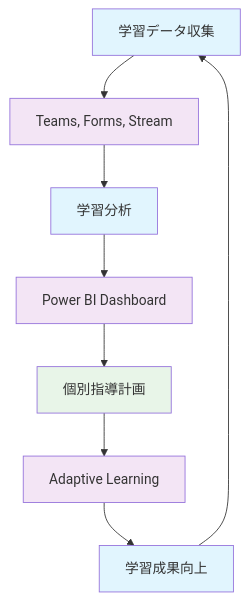
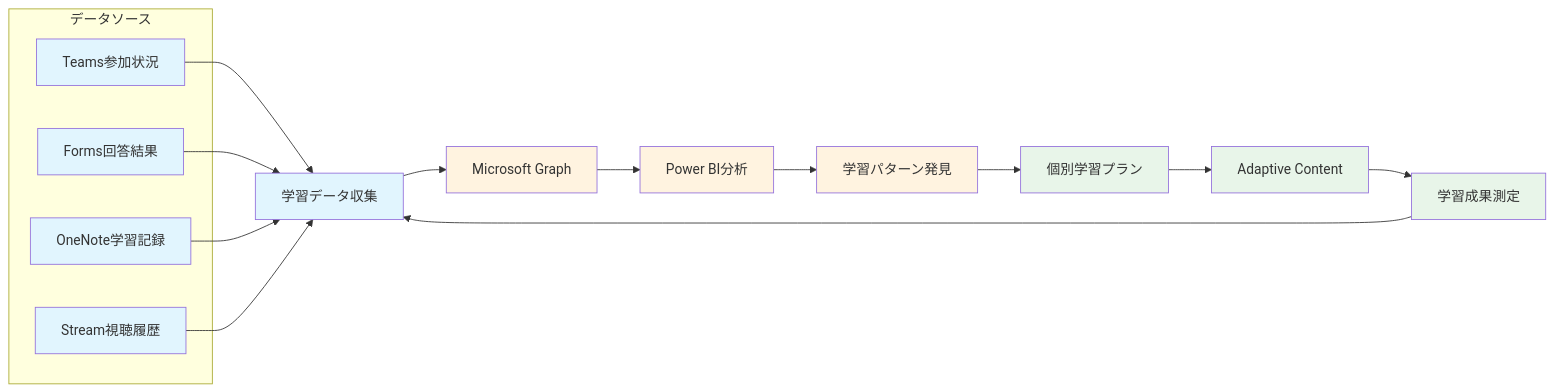
The fourth of 8 diagrams in books/61c375d444c12a/chapter1-giga-school-dx.md (nahisaho/zenn-writing-collection), drawn with Mermaid before and after one commit. The commit also changed other lines of this file and 6 other files, not shown here.

````diff
--- a/books/61c375d444c12a/chapter1-giga-school-dx.md
+++ b/books/61c375d444c12a/chapter1-giga-school-dx.md
@@ -109,18 +300,30 @@
 ```mermaid
-graph TB
-    A[学習データ収集] --> B[Teams, Forms, Stream]
-    B --> C[学習分析]
-    C --> D[Power BI Dashboard]
-    D --> E[個別指導計画]
-    E --> F[Adaptive Learning]
-    F --> G[学習成果向上]
+graph LR
+    A[学習データ収集] --> B[Microsoft Graph]
+    B --> C[Power BI分析]
+    C --> D[学習パターン発見]
+    D --> E[個別学習プラン]
+    E --> F[Adaptive Content]
+    F --> G[学習成果測定]
     G --> A
     
-    classDef primaryClass fill:#e1f5fe
-    classDef dataClass fill:#f3e5f5
-    classDef actionClass fill:#e8f5e8
+    subgraph データソース
+        H[Teams参加状況]
+        I[Forms回答結果]
+        J[OneNote学習記録]
+        K[Stream視聴履歴]
+    end
     
-    class A,C,G primaryClass
-    class B,D,F dataClass
-    class E actionClass
+    H --> A
+    I --> A
+    J --> A
+    K --> A
+    
+    classDef data fill:#e1f5fe
+    classDef process fill:#fff3e0
+    classDef output fill:#e8f5e9
+    
+    class A,H,I,J,K data
+    class B,C,D process
+    class E,F,G output
 ```
````
